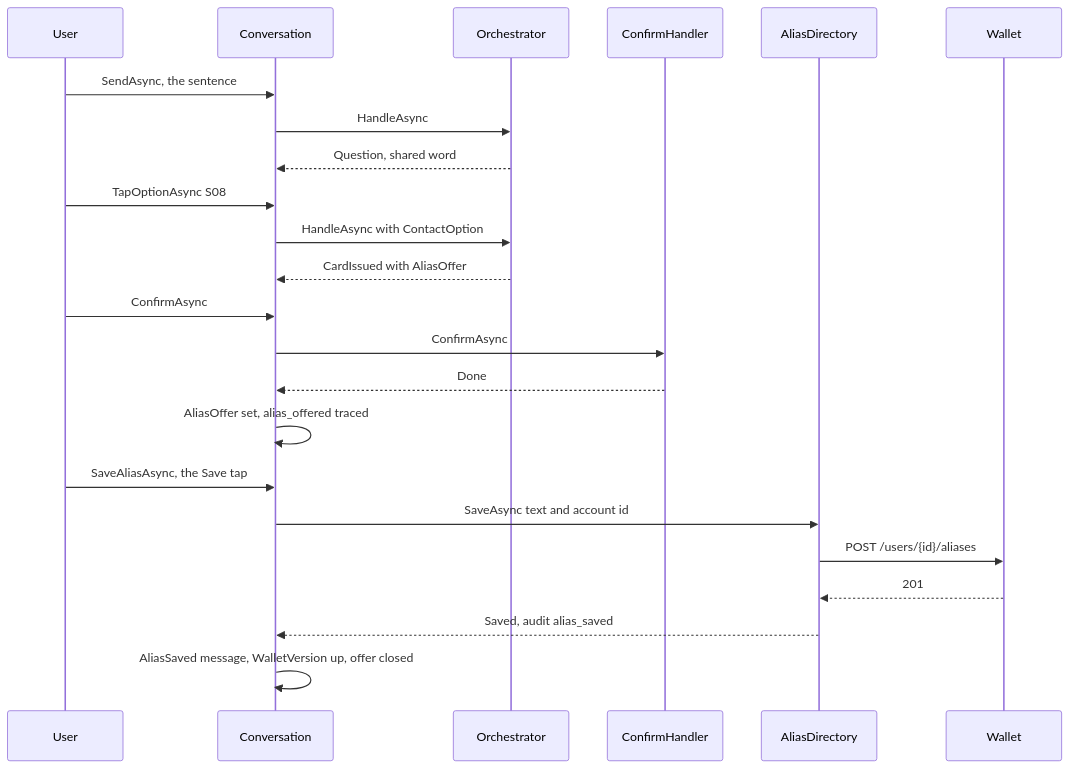
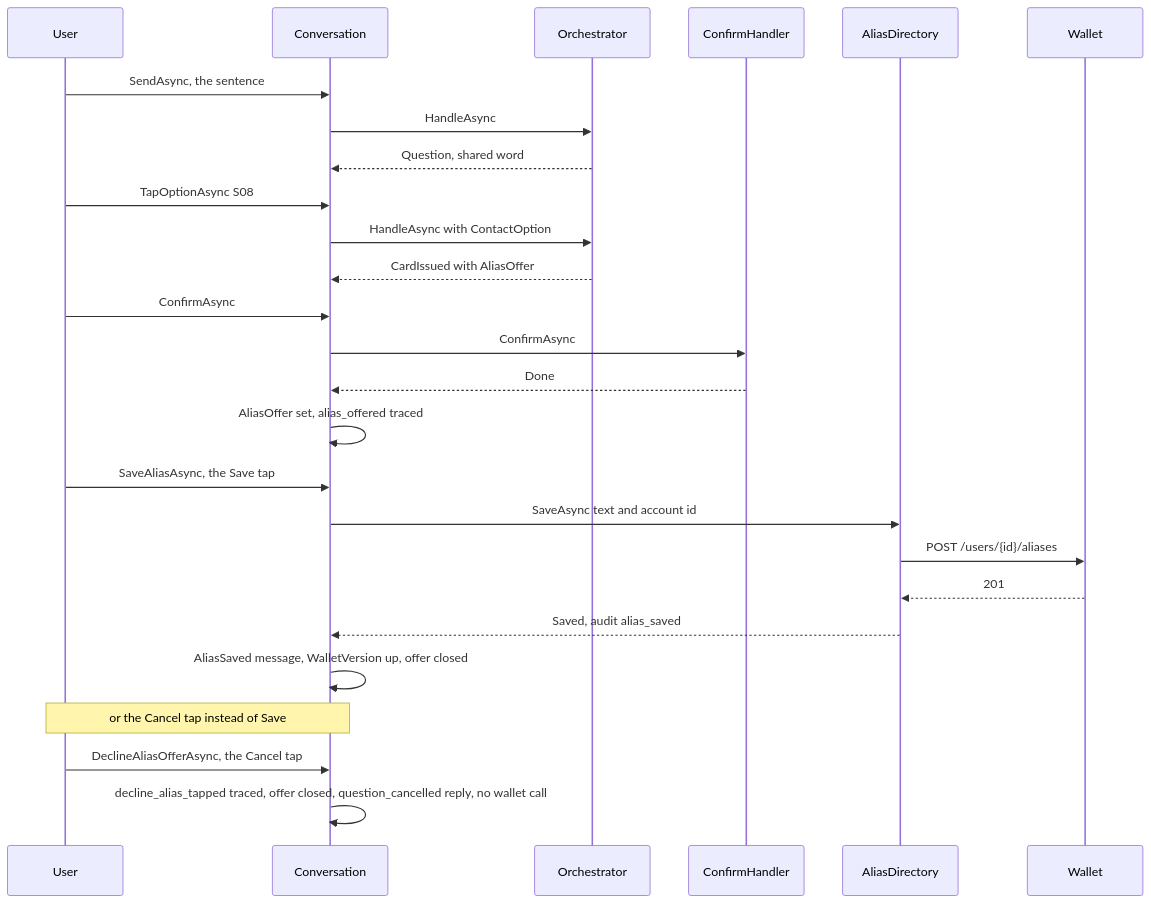
Diagram 22 of 23 in docs/agent-core.md (Khalil-Alhadidi/Naqoli), drawn with Mermaid before and after one commit. The commit also changed other lines of this file and 3 other files, not shown here.

````diff
--- a/docs/agent-core.md
+++ b/docs/agent-core.md
@@ -964,26 +965,29 @@
 ```mermaid
 sequenceDiagram
     participant U as User
     participant C as Conversation
     participant O as Orchestrator
     participant H as ConfirmHandler
     participant A as AliasDirectory
     participant W as Wallet
 
     U->>C: SendAsync, the sentence
     C->>O: HandleAsync
     O-->>C: Question, shared word
     U->>C: TapOptionAsync S08
     C->>O: HandleAsync with ContactOption
     O-->>C: CardIssued with AliasOffer
     U->>C: ConfirmAsync
     C->>H: ConfirmAsync
     H-->>C: Done
     C->>C: AliasOffer set, alias_offered traced
     U->>C: SaveAliasAsync, the Save tap
     C->>A: SaveAsync text and account id
     A->>W: POST /users/{id}/aliases
     W-->>A: 201
     A-->>C: Saved, audit alias_saved
     C->>C: AliasSaved message, WalletVersion up, offer closed
+    Note over U,C: or the Cancel tap instead of Save
+    U->>C: DeclineAliasOfferAsync, the Cancel tap
+    C->>C: decline_alias_tapped traced, offer closed, question_cancelled reply, no wallet call
 ```
````
